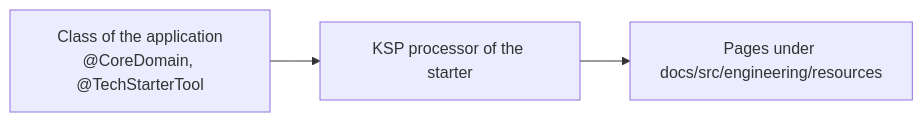
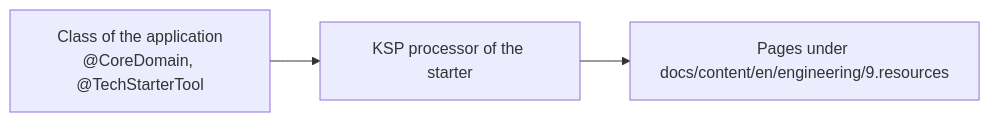
One commit to mboisnard/drinkit changed the diagram in tech-starters/backend/documentation-starter/README.md. Above: the diagram before and after it, drawn with Mermaid. The commit also changed other lines of this file and 204 other files, not shown here.

````diff
--- a/tech-starters/backend/documentation-starter/README.md
+++ b/tech-starters/backend/documentation-starter/README.md
@@ -10,5 +10,5 @@
 ```mermaid
 flowchart LR
     Code["Class of the application<br/>@CoreDomain, @TechStarterTool"] --> Processor[KSP processor of the starter]
-    Processor --> Pages["Pages under docs/src/engineering/resources"]
+    Processor --> Pages["Pages under docs/content/en/engineering/9.resources"]
 ```
````
